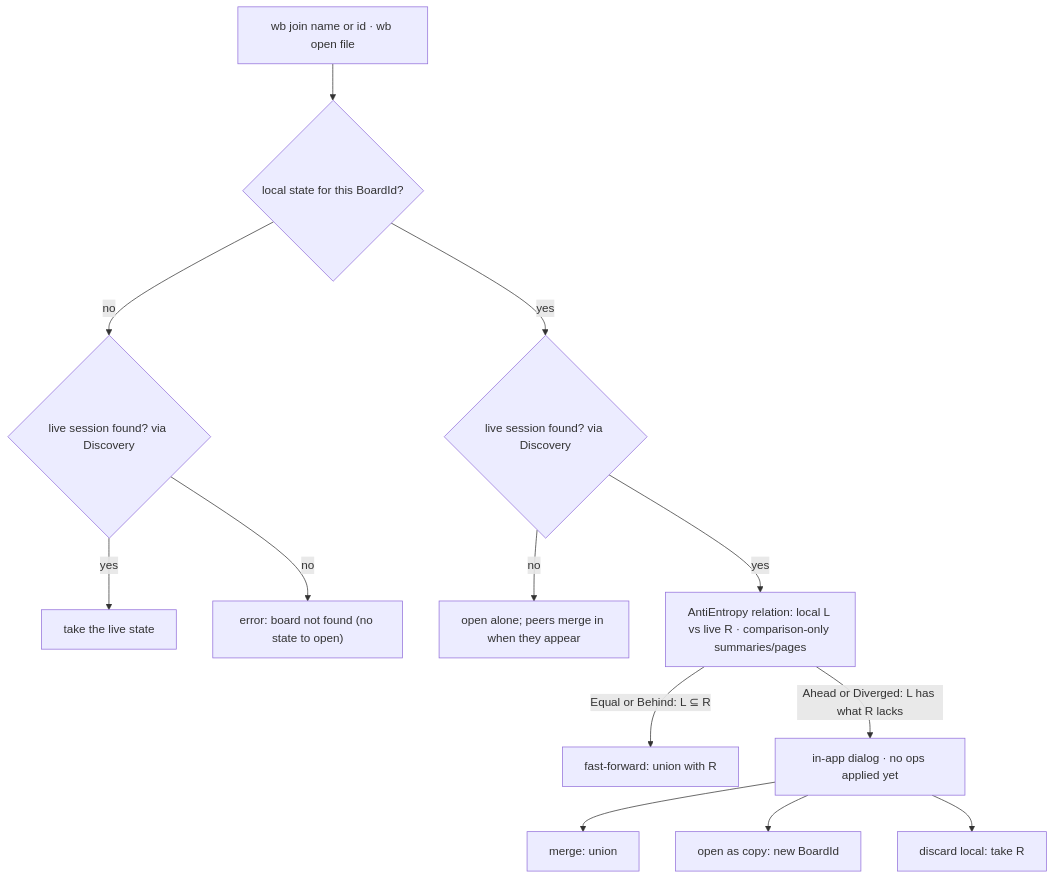
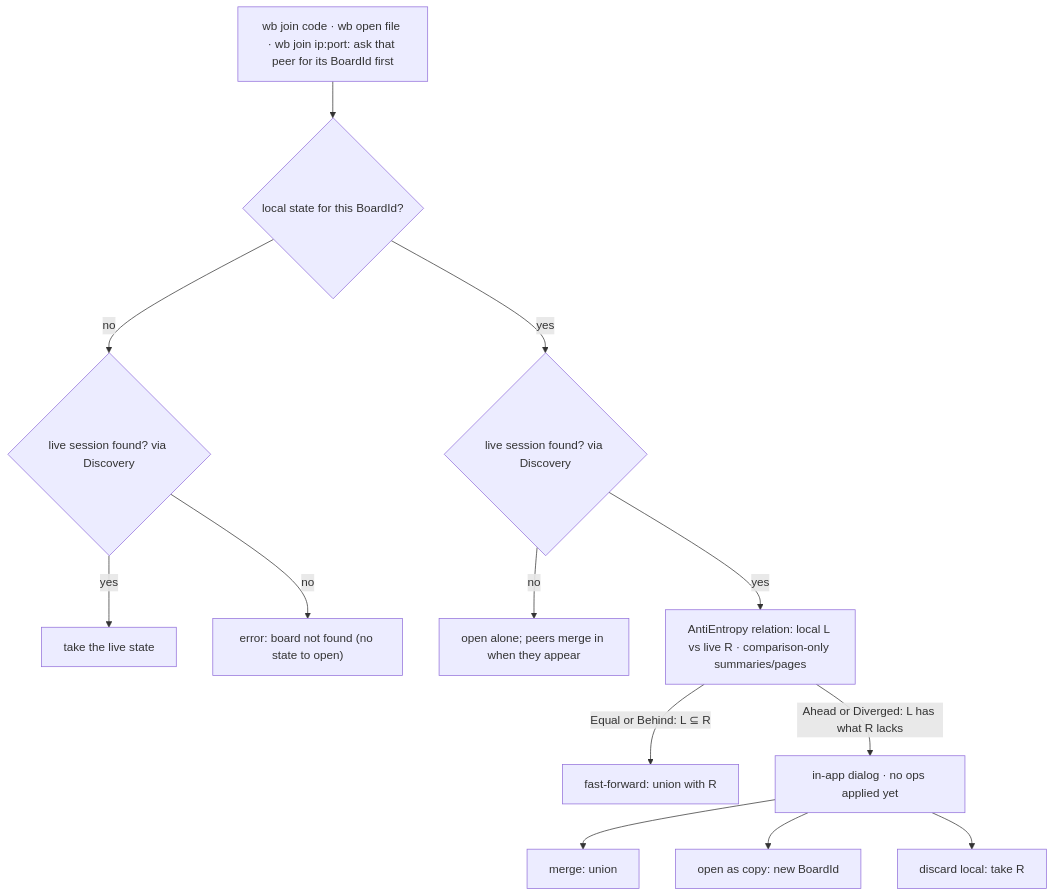
One commit to Student-Team-Projects/Most-Overkilled-Whiteboard-for-ArchLinux changed the diagram in docs/design/join-flow.md. Above: the diagram before and after it, drawn with Mermaid. The commit also changed other lines of this file and 13 other files, not shown here.

````diff
--- a/docs/design/join-flow.md
+++ b/docs/design/join-flow.md
@@ -6,15 +6,15 @@
 ```mermaid
 flowchart TD
-    start["wb join name or id · wb open file"] --> local{"local state for this BoardId?"}
+    start["wb join code · wb open file · wb join ip:port: ask that peer for its BoardId first"] --> local{"local state for this BoardId?"}
     local -- no --> livecheck{"live session found? via Discovery"}
     livecheck -- yes --> take["take the live state"]
     livecheck -- no --> missing["error: board not found (no state to open)"]
     local -- yes --> live{"live session found? via Discovery"}
     live -- no --> seed["open alone; peers merge in when they appear"]
     live -- yes --> rel["AntiEntropy relation: local L vs live R · comparison-only summaries/pages"]
     rel -- "Equal or Behind: L ⊆ R" --> ff["fast-forward: union with R"]
     rel -- "Ahead or Diverged: L has what R lacks" --> dlg["in-app dialog · no ops applied yet"]
     dlg --> merge["merge: union"]
     dlg --> copy["open as copy: new BoardId"]
     dlg --> discard["discard local: take R"]
 ```
````
